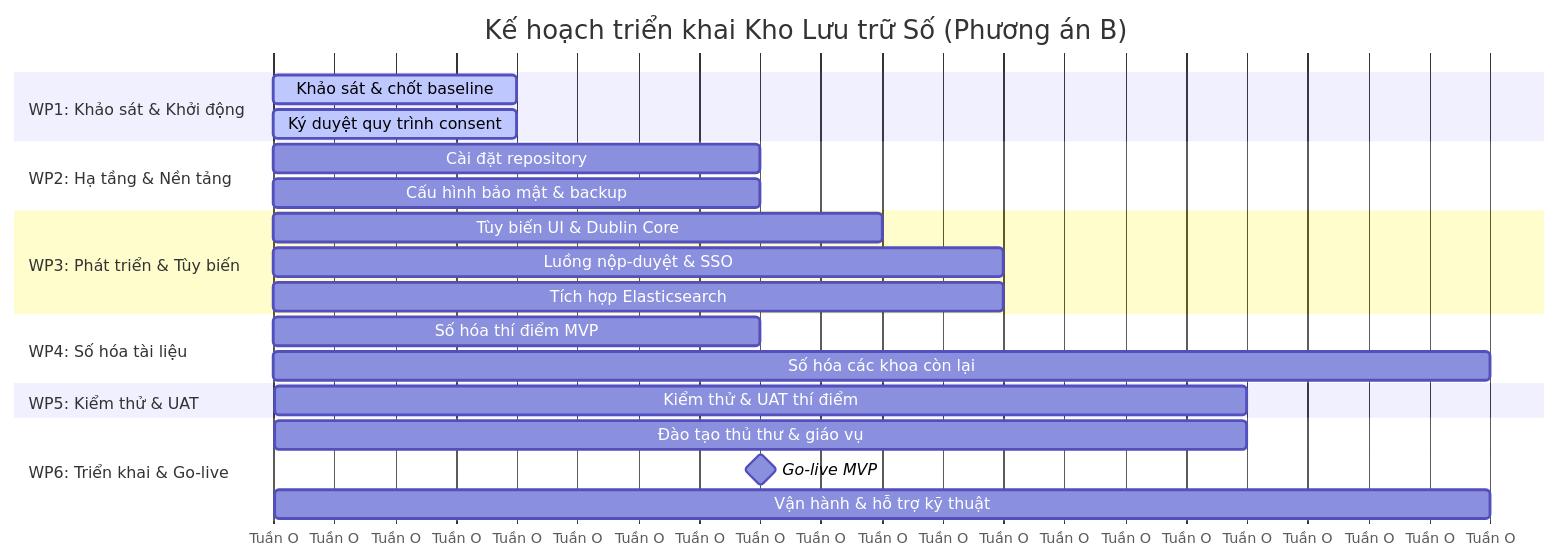
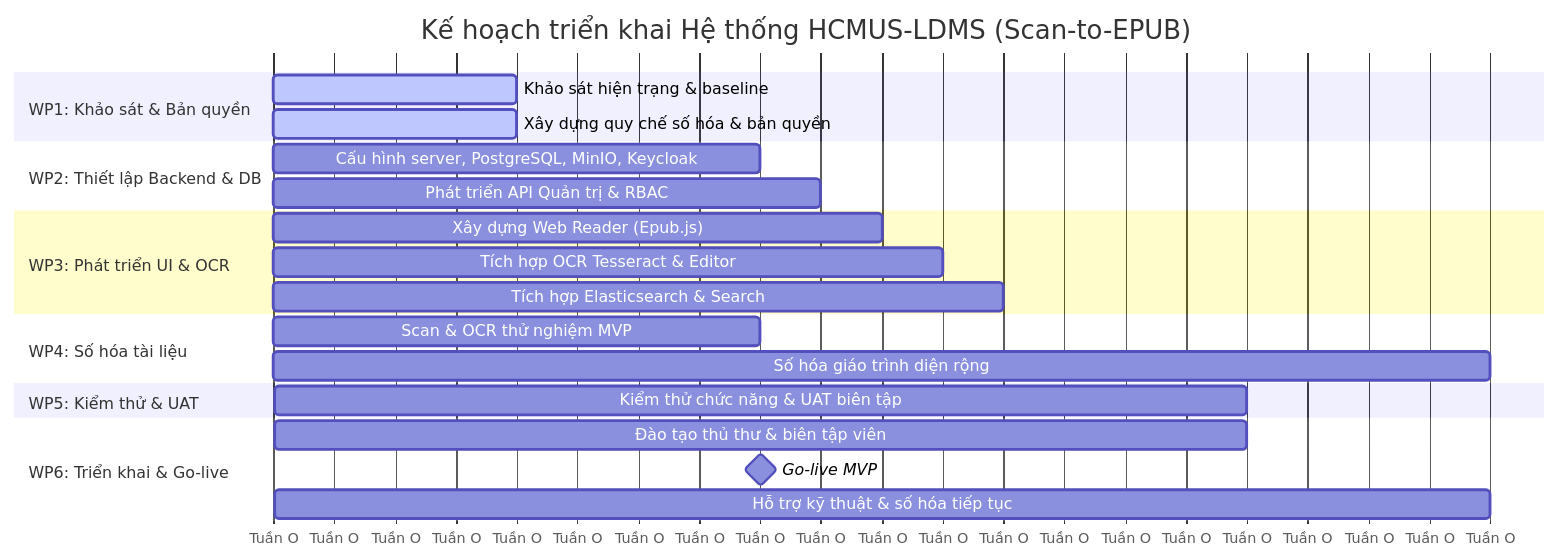
One commit to se-bros/hcmus-projectmanage--lab changed the diagram in docs/images/project_timeline.mmd. Above: the diagram before and after it, drawn with Mermaid. The commit also changed other lines of this file and 44 other files, not shown here.

Commit message:
feat: initialize project documentation and agent reference files with accompanying diagrams and PDF exports

```diff
--- a/docs/images/project_timeline.mmd
+++ b/docs/images/project_timeline.mmd
@@ -1,30 +1,30 @@
 %%{init: { 'gantt': { 'leftPadding': 180 } } }%%
 gantt
-    title Kế hoạch triển khai Kho Lưu trữ Số (Phương án B)
+    title Kế hoạch triển khai Hệ thống HCMUS-LDMS (Scan-to-EPUB)
     dateFormat  X
     axisFormat Tuần %O
     
-    section WP1: Khảo sát & Khởi động
-    Khảo sát & chốt baseline :active, wp1_1, 0, 4
-    Ký duyệt quy trình consent :active, wp1_2, 0, 4
+    section WP1: Khảo sát & Bản quyền
+    Khảo sát hiện trạng & baseline :active, wp1_1, 0, 4
+    Xây dựng quy chế số hóa & bản quyền :active, wp1_2, 1, 4
     
-    section WP2: Hạ tầng & Nền tảng
-    Cài đặt repository : wp2_1, 4, 8
-    Cấu hình bảo mật & backup : wp2_2, 6, 8
+    section WP2: Thiết lập Backend & DB
+    Cấu hình server, PostgreSQL, MinIO, Keycloak : wp2_1, 4, 8
+    Phát triển API Quản trị & RBAC : wp2_2, 6, 9
     
-    section WP3: Phát triển & Tùy biến
-    Tùy biến UI & Dublin Core : wp3_1, 4, 10
-    Luồng nộp-duyệt & SSO : wp3_2, 6, 12
-    Tích hợp Elasticsearch : wp3_3, 8, 12
+    section WP3: Phát triển UI & OCR
+    Xây dựng Web Reader (Epub.js) : wp3_1, 4, 10
+    Tích hợp OCR Tesseract & Editor : wp3_2, 6, 11
+    Tích hợp Elasticsearch & Search : wp3_3, 8, 12
     
     section WP4: Số hóa tài liệu
-    Số hóa thí điểm MVP : wp4_1, 4, 8
-    Số hóa các khoa còn lại : wp4_2, 8, 20
+    Scan & OCR thử nghiệm MVP : wp4_1, 4, 8
+    Số hóa giáo trình diện rộng : wp4_2, 8, 20
     
     section WP5: Kiểm thử & UAT
-    Kiểm thử & UAT thí điểm : wp5_1, 12, 16
+    Kiểm thử chức năng & UAT biên tập : wp5_1, 12, 16
     
     section WP6: Triển khai & Go-live
-    Đào tạo thủ thư & giáo vụ : wp6_1, 14, 16
+    Đào tạo thủ thư & biên tập viên : wp6_1, 14, 16
     Go-live MVP : milestone, mvp_go, 16, 16
-    Vận hành & hỗ trợ kỹ thuật : wp6_2, 16, 20
+    Hỗ trợ kỹ thuật & số hóa tiếp tục : wp6_2, 16, 20
```
